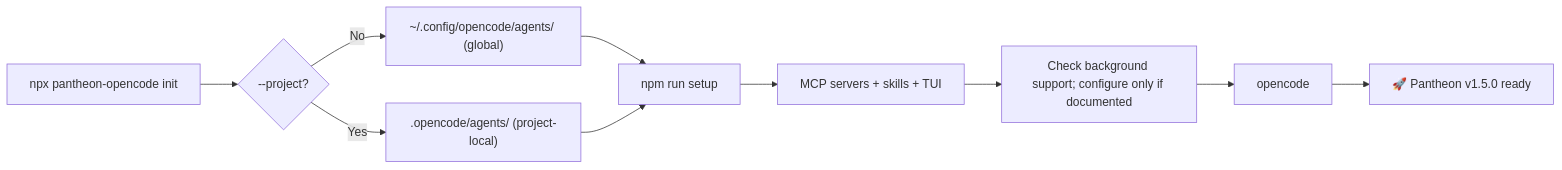
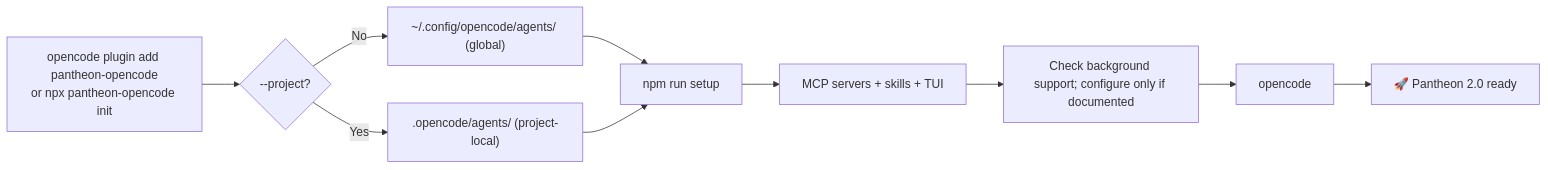
Before and after one commit to ils15/pantheon-opencode: the first of 3 diagrams in docs/INSTALLATION.md, drawn with Mermaid. The commit also changed other lines of this file and 486 other files, not shown here.

````diff
--- a/docs/INSTALLATION.md
+++ b/docs/INSTALLATION.md
@@ -789,12 +762,12 @@
 ```mermaid
 flowchart LR
-    A["npx pantheon-opencode init"] --> B{"--project?"}
+    A["opencode plugin add pantheon-opencode<br/>or npx pantheon-opencode init"] --> B{"--project?"}
     B -->|No| C["~/.config/opencode/agents/ (global)"]
     B -->|Yes| D[".opencode/agents/ (project-local)"]
     C --> E["npm run setup"]
     D --> E
     E --> F["MCP servers + skills + TUI"]
     F --> G["Check background support; configure only if documented"]
     G --> H["opencode"]
-    H --> I["🚀 Pantheon v1.5.0 ready"]
+    H --> I["🚀 Pantheon 2.0 ready"]
 ```
````
